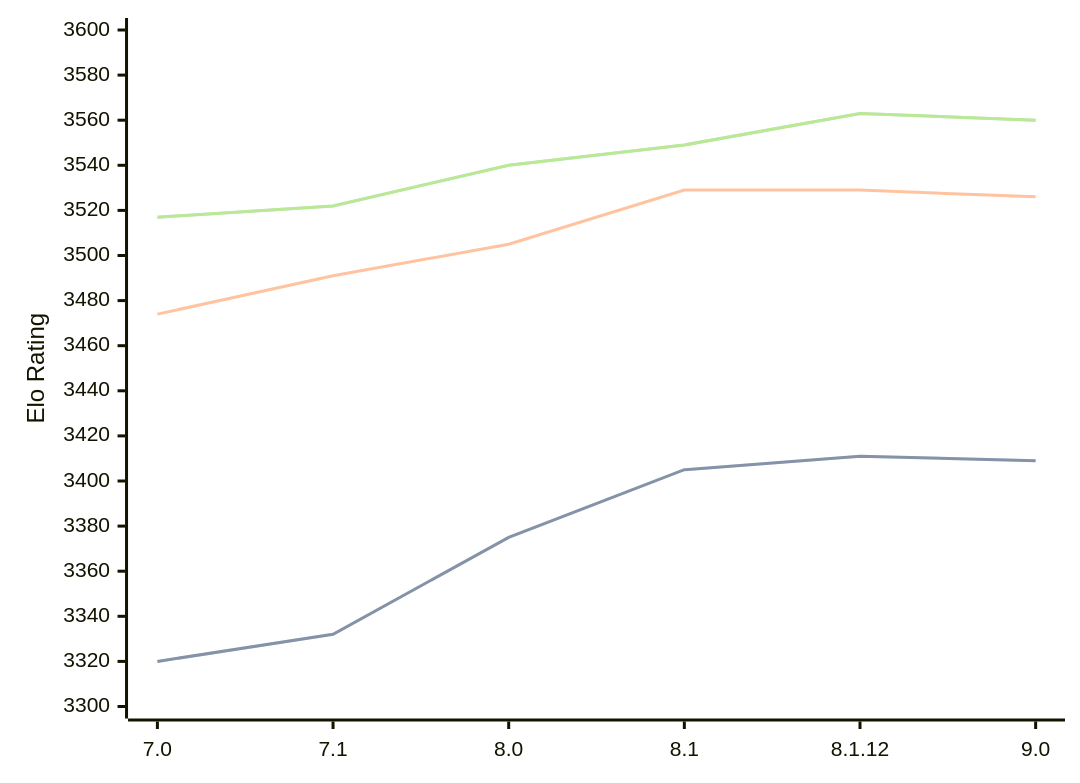
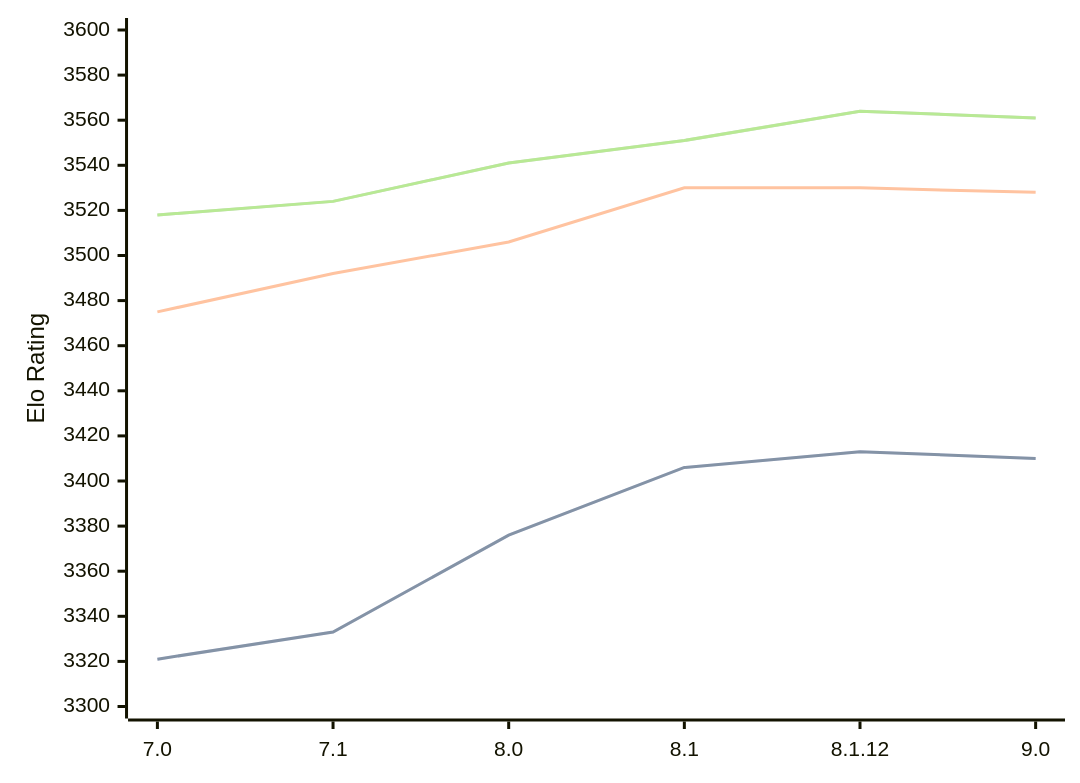
Before and after one commit to computer-chess-index/cci: the third of 3 diagrams in engines/Alexandria.md, drawn with Mermaid. The commit also changed other lines of this file, not shown here.

Commit message:
Update CCI Ratings (ELO VLTC) - 2026-06-23

````diff
--- a/engines/Alexandria.md
+++ b/engines/Alexandria.md
@@ -88,11 +88,11 @@
 ```mermaid
 %%{init: {"theme":"base","themeVariables":{"seriesColors:['#a3a3a3','#222221','#faa371']}}}%%
 xychart-beta
   x-axis ["7.0", "7.1", "8.0", "8.1", "8.1.12", "9.0"]
   y-axis "Elo Rating" 3300 --> 3600
-  line "STC (8.0+0.08s)" [3320, 3332, 3375, 3405, 3411, 3409]
-  line "STC (8.0+0.08s)" [3320, 3332, 3375, 3405, 3411, 3409]
-  line "LTC (60.0+0.60s)" [3474, 3491, 3505, 3529, 3529, 3526]
-  line "VLTC (2m24s+1.12s)" [3517, 3522, 3540, 3549, 3563, 3560]
-  line "VLTC (2m24s+1.12s)" [3517, 3522, 3540, 3549, 3563, 3560]
+  line "STC (8.0+0.08s)" [3321, 3333, 3376, 3406, 3413, 3410]
+  line "STC (8.0+0.08s)" [3321, 3333, 3376, 3406, 3413, 3410]
+  line "LTC (60.0+0.60s)" [3475, 3492, 3506, 3530, 3530, 3528]
+  line "VLTC (2m24s+1.12s)" [3518, 3524, 3541, 3551, 3564, 3561]
+  line "VLTC (2m24s+1.12s)" [3518, 3524, 3541, 3551, 3564, 3561]
 ```
````
